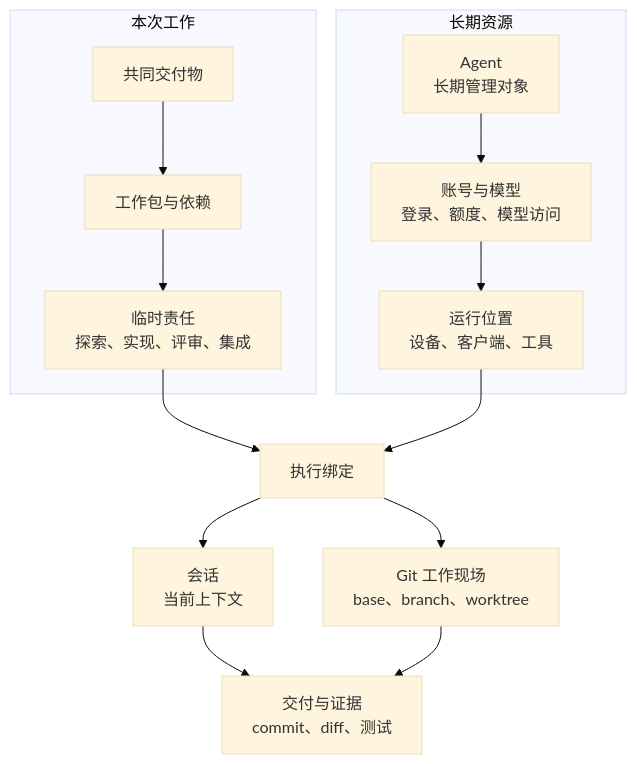
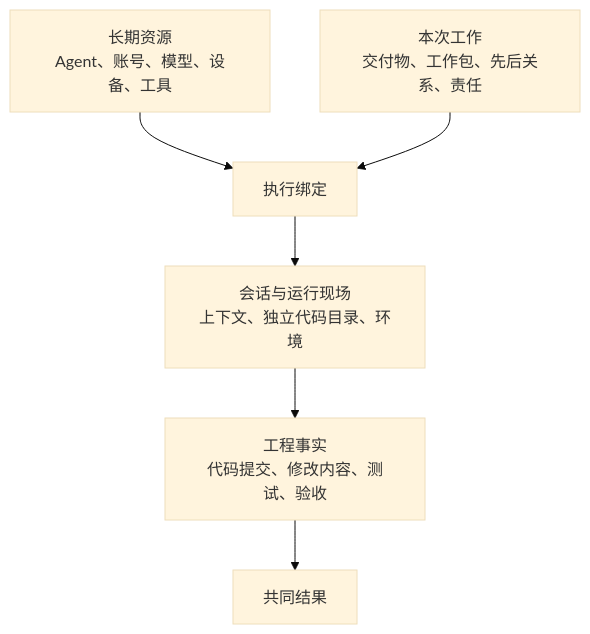
The first of 5 diagrams in docs/MULTI_AGENT_ENGINEERING_WORKFLOW_GUIDE.md (shuqianglin1997/agent-desk), drawn with Mermaid (base theme) before and after one commit. The commit also changed other lines of this file, not shown here.

Commit message:
docs: clarify multi-agent engineering workflow

````diff
--- a/docs/MULTI_AGENT_ENGINEERING_WORKFLOW_GUIDE.md
+++ b/docs/MULTI_AGENT_ENGINEERING_WORKFLOW_GUIDE.md
@@ -29,17 +65,8 @@
 ```mermaid
 flowchart TB
-  subgraph R["长期资源"]
-    A["Agent<br/>长期管理对象"] --> C["账号与模型<br/>登录、额度、模型访问"]
-    C --> S["运行位置<br/>设备、客户端、工具"]
-  end
-  subgraph T["本次工作"]
-    G["共同交付物"] --> P["工作包与依赖"]
-    P --> O["临时责任<br/>探索、实现、评审、集成"]
-  end
-  O --> B["执行绑定"]
-  S --> B
-  B --> H["会话<br/>当前上下文"]
-  B --> W["Git 工作现场<br/>base、branch、worktree"]
-  H --> D["交付与证据<br/>commit、diff、测试"]
-  W --> D
+  R["长期资源<br/>Agent、账号、模型、设备、工具"] --> B["执行绑定"]
+  W["本次工作<br/>交付物、工作包、先后关系、责任"] --> B
+  B --> C["会话与运行现场<br/>上下文、独立代码目录、环境"]
+  C --> E["工程事实<br/>代码提交、修改内容、测试、验收"]
+  E --> G["共同结果"]
 ```
````
